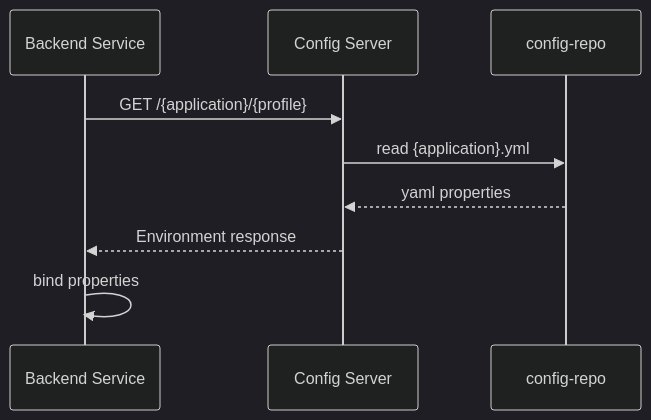
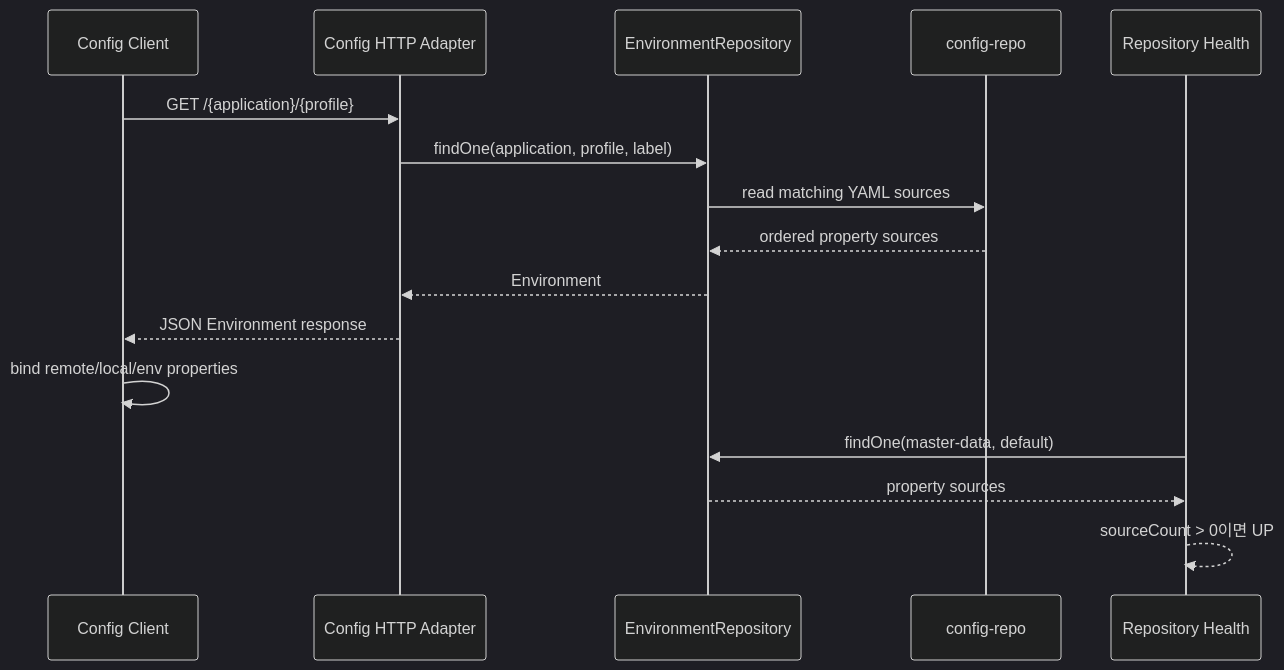
One commit to skyg547/account changed the diagram in config-server/docs/process-flow.md. Above: the diagram before and after it, drawn with Mermaid (dark theme). The commit also changed other lines of this file and 72 other files, not shown here.

````diff
--- a/config-server/docs/process-flow.md
+++ b/config-server/docs/process-flow.md
@@ -5,12 +5,20 @@
 ```mermaid
 sequenceDiagram
-    participant Service as Backend Service
-    participant Config as Config Server
-    participant Repo as config-repo
+    participant Client as Config Client
+    participant Http as Config HTTP Adapter
+    participant Repo as EnvironmentRepository
+    participant Native as config-repo
+    participant Probe as Repository Health
 
-    Service->>Config: GET /{application}/{profile}
-    Config->>Repo: read {application}.yml
-    Repo-->>Config: yaml properties
-    Config-->>Service: Environment response
-    Service->>Service: bind properties
+    Client->>Http: GET /{application}/{profile}
+    Http->>Repo: findOne(application, profile, label)
+    Repo->>Native: read matching YAML sources
+    Native-->>Repo: ordered property sources
+    Repo-->>Http: Environment
+    Http-->>Client: JSON Environment response
+    Client->>Client: bind remote/local/env properties
+
+    Probe->>Repo: findOne(master-data, default)
+    Repo-->>Probe: property sources
+    Probe-->>Probe: sourceCount > 0이면 UP
 ```
````
